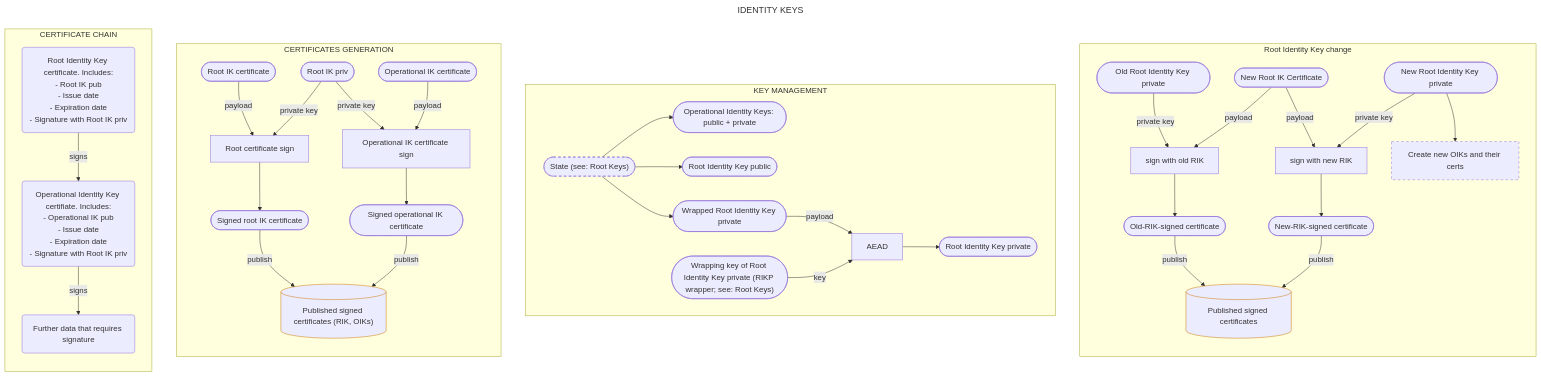
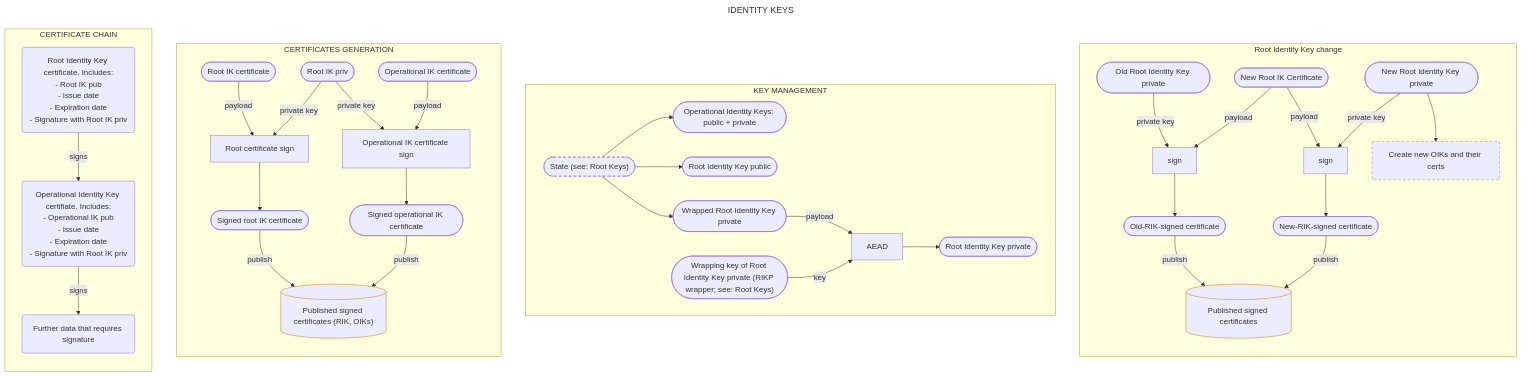
Before and after one commit to noIdeaForTheUsername/chat: the diagram in crypto-protocol/identity-keys.mmd, drawn with Mermaid. The commit also changed 4 other files, not shown here.

```diff
--- a/crypto-protocol/identity-keys.mmd
+++ b/crypto-protocol/identity-keys.mmd
@@ -1,79 +1,79 @@
 ---
 title: IDENTITY KEYS
 ---
 %% Made in Mermaid (https://mermaid.live)
 %% ORANGE border means server-side storage and WHITE border means client-only access (the diagrams broke when they were split into 2 subgraphs)
 
 flowchart TB
   classDef serverStored stroke:#C70
   classDef dashed stroke-dasharray: 5 5
 
   subgraph "Root Identity Key change"
     direction TB
-    newRootIkPriv(["New Root Identity Key private"]) -->|private key| newRootCertSign["sign with new RIK"]
+    newRootIkPriv(["New Root Identity Key private"]) -->|private key| newRootCertSign["sign"]
     newRootCert(["New Root IK Certificate"]) -->|payload| newRootCertSign
     newRootCertSign --> signedNewRootCert(["New-RIK-signed certificate"])
 
-    newRootCert -->|payload| newRootCertSignWithOldRik["sign with old RIK"]
+    newRootCert -->|payload| newRootCertSignWithOldRik["sign"]
     oldRootIkPriv(["Old Root Identity Key private"]) -->|private key| newRootCertSignWithOldRik
     newRootCertSignWithOldRik --> signedNewRootCertWithOldRik(["Old-RIK-signed certificate"])
 
     signedNewRootCert -->|publish| publishedCertificates2[("Published signed certificates")]
     signedNewRootCertWithOldRik -->|publish| publishedCertificates2
     class publishedCertificates2 serverStored
 
     newRootIkPriv --> newOiks["Create new OIKs and their certs"]
     class newOiks dashed
   end
 
   subgraph "KEY MANAGEMENT"
     %% Client
     state(["State (see: Root Keys)"]) --> oiksPriv(["Operational Identity Keys: public + private"])
     class state dashed
     state --> rootIkPub(["Root Identity Key public"])
     state --> wrappedRootIkPriv(["Wrapped Root Identity Key private"])
     wrappedRootIkPriv -->|payload| rootIkPrivAead["AEAD"]
     rikpWrapper(["Wrapping key of Root Identity Key private (RIKP wrapper; see: Root Keys)"]) -->|key| rootIkPrivAead["AEAD"]
     rootIkPrivAead --> rootIkPriv2(["Root Identity Key private"])
   end
 
 
   subgraph "CERTIFICATES GENERATION"
     direction TB
     %% Root certificate
     rootCert(["Root IK certificate"])
       -->|payload| rootCertSign["Root certificate sign"]
     rootIkPriv(["Root IK priv"]) -->|private key| rootCertSign
     rootCertSign --> signedRootCert(["Signed root IK certificate"])
 
     %% Operational keys
     rootIkPriv -->|private key| oikSign["Operational IK certificate sign"]
     oikCert(["Operational IK certificate"]) -->|payload| oikSign
     oikSign --> signedOikCert(["Signed operational IK certificate"])
 
     %% Publishment on the server
     signedRootCert -->|publish| publishedCertificates[("Published signed certificates (RIK, OIKs)")]
     signedOikCert -->|publish| publishedCertificates
     class publishedCertificates serverStored
   end
 
 
   subgraph "CERTIFICATE CHAIN"
     direction TB
 
     rootCertOverview("`
       Root Identity Key certificate. Includes:
       - Root IK pub
       - Issue date
       - Expiration date
       - Signature with Root IK priv`")
     
     rootCertOverview -->|signs| operationalCertOverview("`
     Operational Identity Key certifiate. Includes:
     - Operational IK pub
     - Issue date
     - Expiration date
     - Signature with Root IK priv`")
 
     operationalCertOverview -->|signs| signedData("Further data that requires signature")
   end
```
